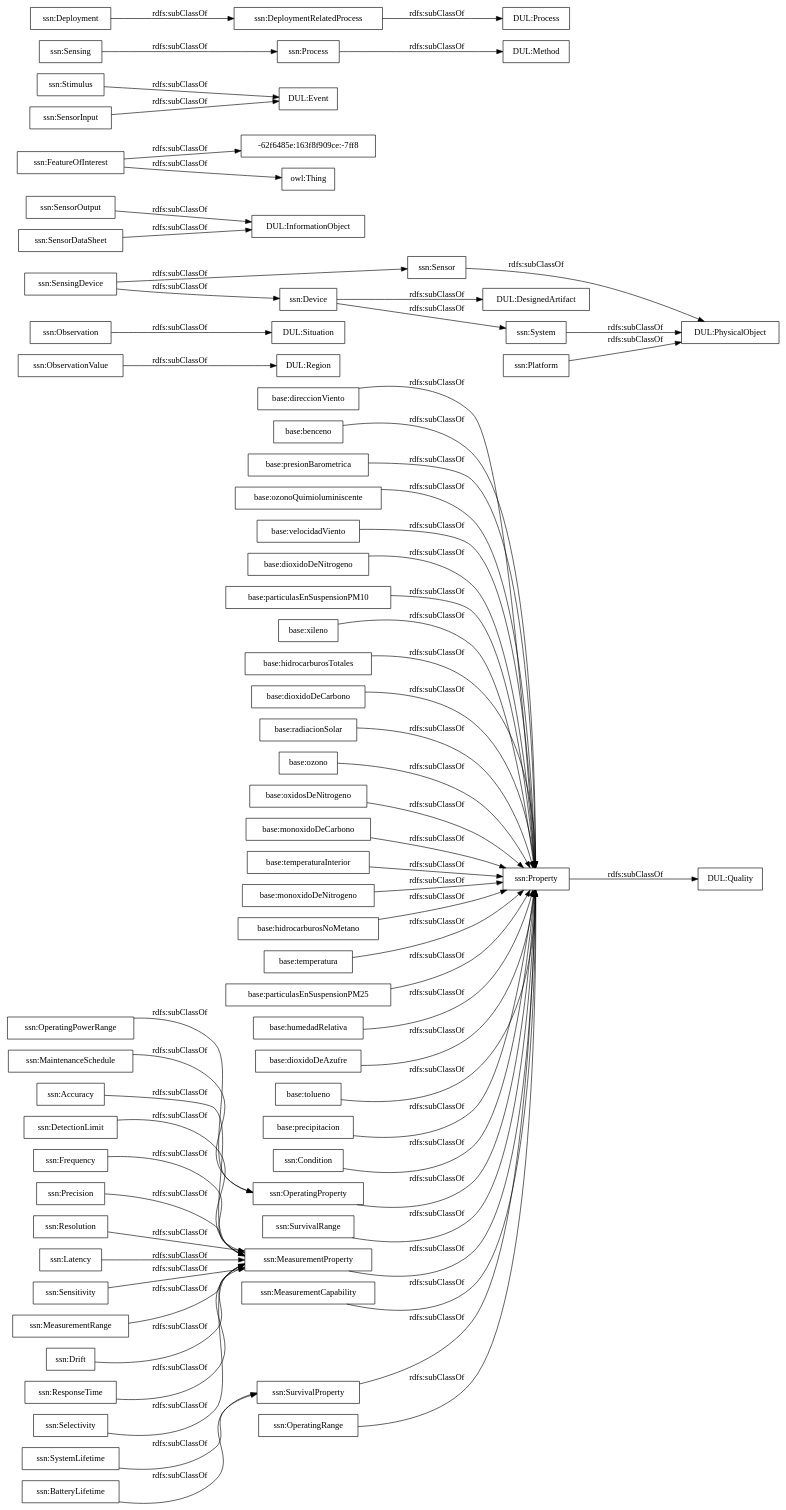
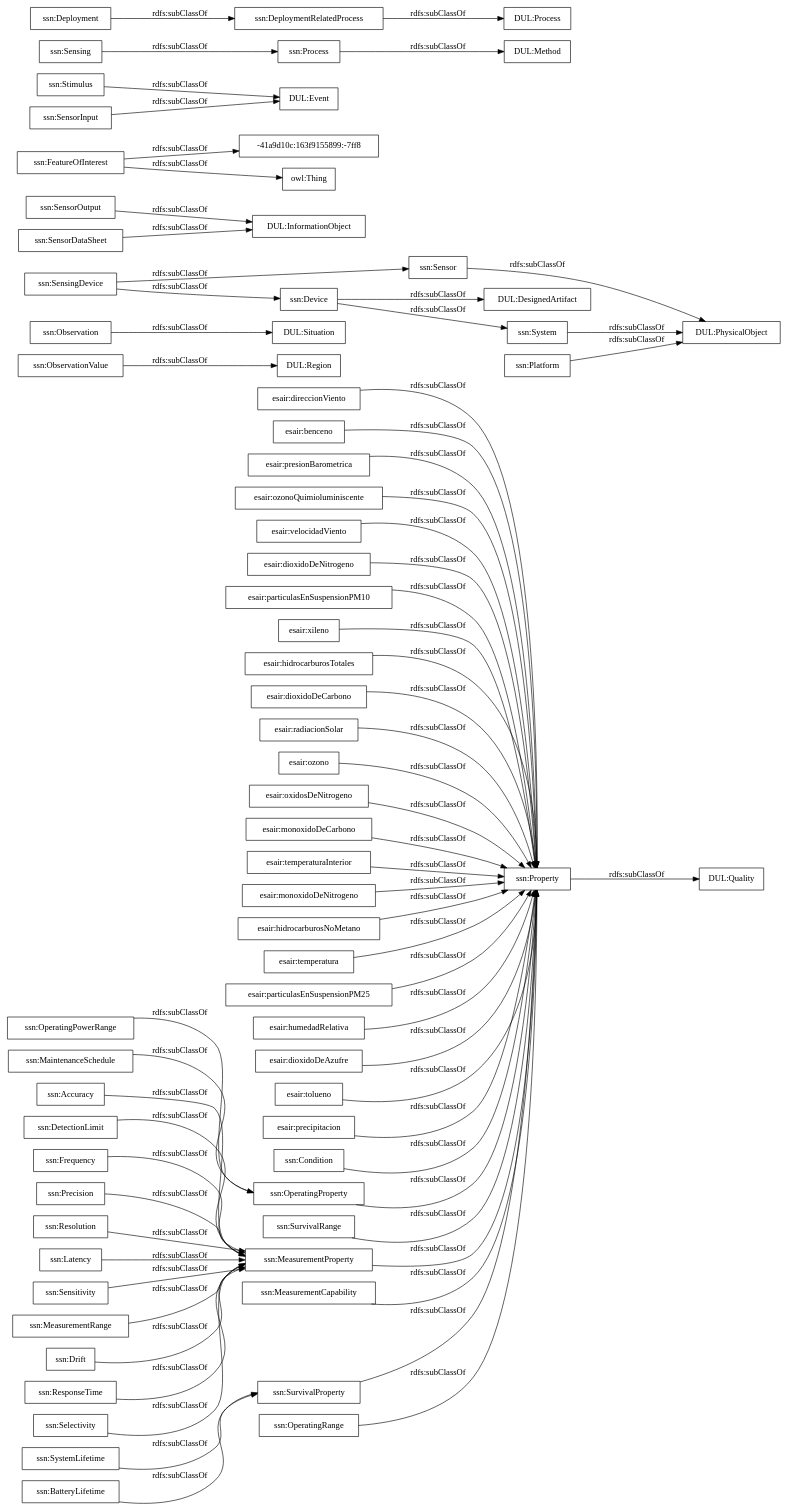
Before and after one commit to ma-garcia/medio-ambiente-calidad-aire: the diagram in OnToology/calidad-aire.owl/diagrams/ar2dtool-taxonomy/calidad-aire.owl.png.dot, drawn with Graphviz. The commit also changed 5 other files, not shown here.

```diff
--- a/OnToology/calidad-aire.owl/diagrams/ar2dtool-taxonomy/calidad-aire.owl.png.dot
+++ b/OnToology/calidad-aire.owl/diagrams/ar2dtool-taxonomy/calidad-aire.owl.png.dot
@@ -1,71 +1,71 @@
 digraph ar2dtool_diagram { 
 rankdir=LR;
 size="1000"
-node [shape = rectangle, color="black"]; "base:direccionViento" "base:benceno" "base:presionBarometrica" "base:ozonoQuimioluminiscente" "base:velocidadViento" "base:dioxidoDeNitrogeno" "base:particulasEnSuspensionPM10" "base:xileno" "base:hidrocarburosTotales" "base:dioxidoDeCarbono" "base:radiacionSolar" "base:ozono" "base:oxidosDeNitrogeno" "base:monoxidoDeCarbono" "base:temperaturaInterior" "base:monoxidoDeNitrogeno" "base:hidrocarburosNoMetano" "base:temperatura" "base:particulasEnSuspensionPM25" "base:humedadRelativa" "base:dioxidoDeAzufre" "base:tolueno" "base:precipitacion" "ssn:Accuracy" "ssn:DetectionLimit" "ssn:Frequency" "ssn:Condition" "DUL:Region" "DUL:Situation" "DUL:PhysicalObject" "ssn:SensorOutput" "ssn:Precision" "ssn:Resolution" "DUL:Quality" "ssn:FeatureOfInterest" "ssn:Sensor" "DUL:InformationObject" "ssn:OperatingProperty" "DUL:Event" "ssn:OperatingPowerRange" "DUL:Method" "-62f6485e:163f8f909ce:-7ff8" "ssn:MaintenanceSchedule" "ssn:Sensing" "ssn:Latency" "ssn:SurvivalRange" "ssn:SensingDevice" "DUL:DesignedArtifact" "ssn:Sensitivity" "ssn:Stimulus" "DUL:Process" "ssn:MeasurementRange" "ssn:System" "ssn:SystemLifetime" "ssn:Property" "ssn:MeasurementProperty" "ssn:Process" "ssn:Deployment" "ssn:MeasurementCapability" "ssn:BatteryLifetime" "ssn:Drift" "ssn:DeploymentRelatedProcess" "ssn:SensorInput" "ssn:ResponseTime" "ssn:ObservationValue" "ssn:SensorDataSheet" "ssn:Observation" "ssn:Selectivity" "ssn:SurvivalProperty" "ssn:Device" "ssn:OperatingRange" "ssn:Platform" ; /*classes style*/
+node [shape = rectangle, color="black"]; "esair:direccionViento" "esair:benceno" "esair:presionBarometrica" "esair:ozonoQuimioluminiscente" "esair:velocidadViento" "esair:dioxidoDeNitrogeno" "esair:particulasEnSuspensionPM10" "esair:xileno" "esair:hidrocarburosTotales" "esair:dioxidoDeCarbono" "esair:radiacionSolar" "esair:ozono" "esair:oxidosDeNitrogeno" "esair:monoxidoDeCarbono" "esair:temperaturaInterior" "esair:monoxidoDeNitrogeno" "esair:hidrocarburosNoMetano" "esair:temperatura" "esair:particulasEnSuspensionPM25" "esair:humedadRelativa" "esair:dioxidoDeAzufre" "esair:tolueno" "esair:precipitacion" "ssn:Accuracy" "ssn:DetectionLimit" "ssn:Frequency" "ssn:Condition" "DUL:Region" "DUL:Situation" "DUL:PhysicalObject" "ssn:SensorOutput" "ssn:Precision" "ssn:Resolution" "DUL:Quality" "ssn:FeatureOfInterest" "-41a9d10c:163f9155899:-7ff8" "ssn:Sensor" "DUL:InformationObject" "ssn:OperatingProperty" "DUL:Event" "ssn:OperatingPowerRange" "DUL:Method" "ssn:MaintenanceSchedule" "ssn:Sensing" "ssn:Latency" "ssn:SurvivalRange" "ssn:SensingDevice" "DUL:DesignedArtifact" "ssn:Sensitivity" "ssn:Stimulus" "DUL:Process" "ssn:MeasurementRange" "ssn:System" "ssn:SystemLifetime" "ssn:Property" "ssn:MeasurementProperty" "ssn:Process" "ssn:Deployment" "ssn:MeasurementCapability" "ssn:BatteryLifetime" "ssn:Drift" "ssn:DeploymentRelatedProcess" "ssn:SensorInput" "ssn:ResponseTime" "ssn:ObservationValue" "ssn:SensorDataSheet" "ssn:Observation" "ssn:Selectivity" "ssn:SurvivalProperty" "ssn:Device" "ssn:OperatingRange" "ssn:Platform" ; /*classes style*/
 	"ssn:Deployment" -> "ssn:DeploymentRelatedProcess" [ label = "rdfs:subClassOf" ];
-	"base:temperatura" -> "ssn:Property" [ label = "rdfs:subClassOf" ];
+	"esair:temperatura" -> "ssn:Property" [ label = "rdfs:subClassOf" ];
 	"ssn:SensingDevice" -> "ssn:Sensor" [ label = "rdfs:subClassOf" ];
 	"ssn:SensingDevice" -> "ssn:Device" [ label = "rdfs:subClassOf" ];
 	"ssn:DeploymentRelatedProcess" -> "DUL:Process" [ label = "rdfs:subClassOf" ];
 	"ssn:Accuracy" -> "ssn:MeasurementProperty" [ label = "rdfs:subClassOf" ];
-	"base:particulasEnSuspensionPM10" -> "ssn:Property" [ label = "rdfs:subClassOf" ];
+	"esair:particulasEnSuspensionPM10" -> "ssn:Property" [ label = "rdfs:subClassOf" ];
 	"ssn:FeatureOfInterest" -> "owl:Thing" [ label = "rdfs:subClassOf" ];
-	"ssn:FeatureOfInterest" -> "-62f6485e:163f8f909ce:-7ff8" [ label = "rdfs:subClassOf" ];
+	"ssn:FeatureOfInterest" -> "-41a9d10c:163f9155899:-7ff8" [ label = "rdfs:subClassOf" ];
 	"ssn:Latency" -> "ssn:MeasurementProperty" [ label = "rdfs:subClassOf" ];
-	"base:monoxidoDeCarbono" -> "ssn:Property" [ label = "rdfs:subClassOf" ];
-	"base:benceno" -> "ssn:Property" [ label = "rdfs:subClassOf" ];
-	"base:xileno" -> "ssn:Property" [ label = "rdfs:subClassOf" ];
+	"esair:monoxidoDeCarbono" -> "ssn:Property" [ label = "rdfs:subClassOf" ];
+	"esair:benceno" -> "ssn:Property" [ label = "rdfs:subClassOf" ];
+	"esair:xileno" -> "ssn:Property" [ label = "rdfs:subClassOf" ];
 	"ssn:Process" -> "DUL:Method" [ label = "rdfs:subClassOf" ];
-	"base:presionBarometrica" -> "ssn:Property" [ label = "rdfs:subClassOf" ];
+	"esair:presionBarometrica" -> "ssn:Property" [ label = "rdfs:subClassOf" ];
 	"ssn:Property" -> "DUL:Quality" [ label = "rdfs:subClassOf" ];
 	"ssn:MeasurementProperty" -> "ssn:Property" [ label = "rdfs:subClassOf" ];
 	"ssn:ResponseTime" -> "ssn:MeasurementProperty" [ label = "rdfs:subClassOf" ];
-	"base:radiacionSolar" -> "ssn:Property" [ label = "rdfs:subClassOf" ];
-	"base:humedadRelativa" -> "ssn:Property" [ label = "rdfs:subClassOf" ];
+	"esair:radiacionSolar" -> "ssn:Property" [ label = "rdfs:subClassOf" ];
+	"esair:humedadRelativa" -> "ssn:Property" [ label = "rdfs:subClassOf" ];
 	"ssn:OperatingRange" -> "ssn:Property" [ label = "rdfs:subClassOf" ];
 	"ssn:Stimulus" -> "DUL:Event" [ label = "rdfs:subClassOf" ];
 	"ssn:MeasurementRange" -> "ssn:MeasurementProperty" [ label = "rdfs:subClassOf" ];
-	"base:ozonoQuimioluminiscente" -> "ssn:Property" [ label = "rdfs:subClassOf" ];
-	"base:ozono" -> "ssn:Property" [ label = "rdfs:subClassOf" ];
-	"base:hidrocarburosTotales" -> "ssn:Property" [ label = "rdfs:subClassOf" ];
+	"esair:ozonoQuimioluminiscente" -> "ssn:Property" [ label = "rdfs:subClassOf" ];
+	"esair:ozono" -> "ssn:Property" [ label = "rdfs:subClassOf" ];
+	"esair:hidrocarburosTotales" -> "ssn:Property" [ label = "rdfs:subClassOf" ];
 	"ssn:SurvivalProperty" -> "ssn:Property" [ label = "rdfs:subClassOf" ];
 	"ssn:MaintenanceSchedule" -> "ssn:OperatingProperty" [ label = "rdfs:subClassOf" ];
-	"base:dioxidoDeNitrogeno" -> "ssn:Property" [ label = "rdfs:subClassOf" ];
-	"base:monoxidoDeNitrogeno" -> "ssn:Property" [ label = "rdfs:subClassOf" ];
+	"esair:dioxidoDeNitrogeno" -> "ssn:Property" [ label = "rdfs:subClassOf" ];
+	"esair:monoxidoDeNitrogeno" -> "ssn:Property" [ label = "rdfs:subClassOf" ];
 	"ssn:SensorInput" -> "DUL:Event" [ label = "rdfs:subClassOf" ];
-	"base:hidrocarburosNoMetano" -> "ssn:Property" [ label = "rdfs:subClassOf" ];
-	"base:precipitacion" -> "ssn:Property" [ label = "rdfs:subClassOf" ];
+	"esair:hidrocarburosNoMetano" -> "ssn:Property" [ label = "rdfs:subClassOf" ];
+	"esair:precipitacion" -> "ssn:Property" [ label = "rdfs:subClassOf" ];
 	"ssn:Sensitivity" -> "ssn:MeasurementProperty" [ label = "rdfs:subClassOf" ];
 	"ssn:Drift" -> "ssn:MeasurementProperty" [ label = "rdfs:subClassOf" ];
 	"ssn:System" -> "DUL:PhysicalObject" [ label = "rdfs:subClassOf" ];
-	"base:dioxidoDeAzufre" -> "ssn:Property" [ label = "rdfs:subClassOf" ];
-	"base:oxidosDeNitrogeno" -> "ssn:Property" [ label = "rdfs:subClassOf" ];
-	"base:direccionViento" -> "ssn:Property" [ label = "rdfs:subClassOf" ];
+	"esair:dioxidoDeAzufre" -> "ssn:Property" [ label = "rdfs:subClassOf" ];
+	"esair:oxidosDeNitrogeno" -> "ssn:Property" [ label = "rdfs:subClassOf" ];
+	"esair:direccionViento" -> "ssn:Property" [ label = "rdfs:subClassOf" ];
 	"ssn:Resolution" -> "ssn:MeasurementProperty" [ label = "rdfs:subClassOf" ];
 	"ssn:Precision" -> "ssn:MeasurementProperty" [ label = "rdfs:subClassOf" ];
 	"ssn:DetectionLimit" -> "ssn:MeasurementProperty" [ label = "rdfs:subClassOf" ];
-	"base:particulasEnSuspensionPM25" -> "ssn:Property" [ label = "rdfs:subClassOf" ];
+	"esair:particulasEnSuspensionPM25" -> "ssn:Property" [ label = "rdfs:subClassOf" ];
 	"ssn:Sensor" -> "DUL:PhysicalObject" [ label = "rdfs:subClassOf" ];
-	"base:tolueno" -> "ssn:Property" [ label = "rdfs:subClassOf" ];
-	"base:dioxidoDeCarbono" -> "ssn:Property" [ label = "rdfs:subClassOf" ];
+	"esair:tolueno" -> "ssn:Property" [ label = "rdfs:subClassOf" ];
+	"esair:dioxidoDeCarbono" -> "ssn:Property" [ label = "rdfs:subClassOf" ];
 	"ssn:SensorDataSheet" -> "DUL:InformationObject" [ label = "rdfs:subClassOf" ];
 	"ssn:OperatingPowerRange" -> "ssn:OperatingProperty" [ label = "rdfs:subClassOf" ];
-	"base:velocidadViento" -> "ssn:Property" [ label = "rdfs:subClassOf" ];
+	"esair:velocidadViento" -> "ssn:Property" [ label = "rdfs:subClassOf" ];
 	"ssn:ObservationValue" -> "DUL:Region" [ label = "rdfs:subClassOf" ];
 	"ssn:Device" -> "DUL:DesignedArtifact" [ label = "rdfs:subClassOf" ];
 	"ssn:Device" -> "ssn:System" [ label = "rdfs:subClassOf" ];
-	"base:temperaturaInterior" -> "ssn:Property" [ label = "rdfs:subClassOf" ];
+	"esair:temperaturaInterior" -> "ssn:Property" [ label = "rdfs:subClassOf" ];
 	"ssn:Platform" -> "DUL:PhysicalObject" [ label = "rdfs:subClassOf" ];
 	"ssn:OperatingProperty" -> "ssn:Property" [ label = "rdfs:subClassOf" ];
 	"ssn:Selectivity" -> "ssn:MeasurementProperty" [ label = "rdfs:subClassOf" ];
 	"ssn:BatteryLifetime" -> "ssn:SurvivalProperty" [ label = "rdfs:subClassOf" ];
 	"ssn:Observation" -> "DUL:Situation" [ label = "rdfs:subClassOf" ];
 	"ssn:Sensing" -> "ssn:Process" [ label = "rdfs:subClassOf" ];
 	"ssn:SystemLifetime" -> "ssn:SurvivalProperty" [ label = "rdfs:subClassOf" ];
 	"ssn:SurvivalRange" -> "ssn:Property" [ label = "rdfs:subClassOf" ];
 	"ssn:Frequency" -> "ssn:MeasurementProperty" [ label = "rdfs:subClassOf" ];
 	"ssn:SensorOutput" -> "DUL:InformationObject" [ label = "rdfs:subClassOf" ];
 	"ssn:Condition" -> "ssn:Property" [ label = "rdfs:subClassOf" ];
 	"ssn:MeasurementCapability" -> "ssn:Property" [ label = "rdfs:subClassOf" ];
 
 }
```
